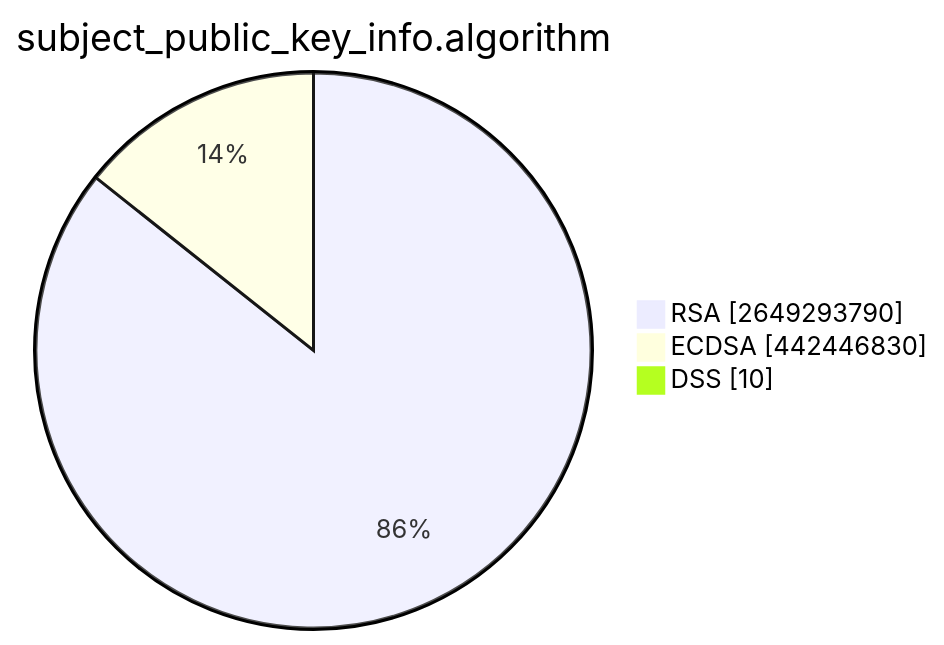
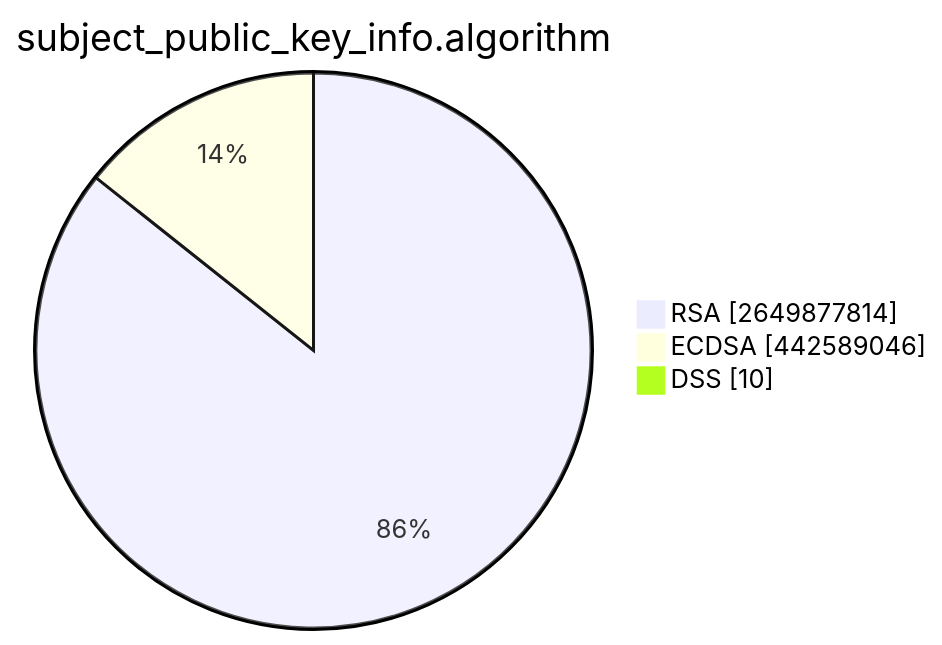
One commit to christiankrug/ctmonitor_visualization changed the second of 15 diagrams in TOTAL/README.md. Above: the diagram before and after it, drawn with Mermaid. The commit also changed other lines of this file, not shown here.

````diff
--- a/TOTAL/README.md
+++ b/TOTAL/README.md
@@ -6,7 +6,7 @@
 ```mermaid
 pie showData
 title subject_public_key_info.algorithm
-"RSA" :2649293790
-"ECDSA" :442446830
+"RSA" :2649877814
+"ECDSA" :442589046
 "DSS" :10
 ```
````
